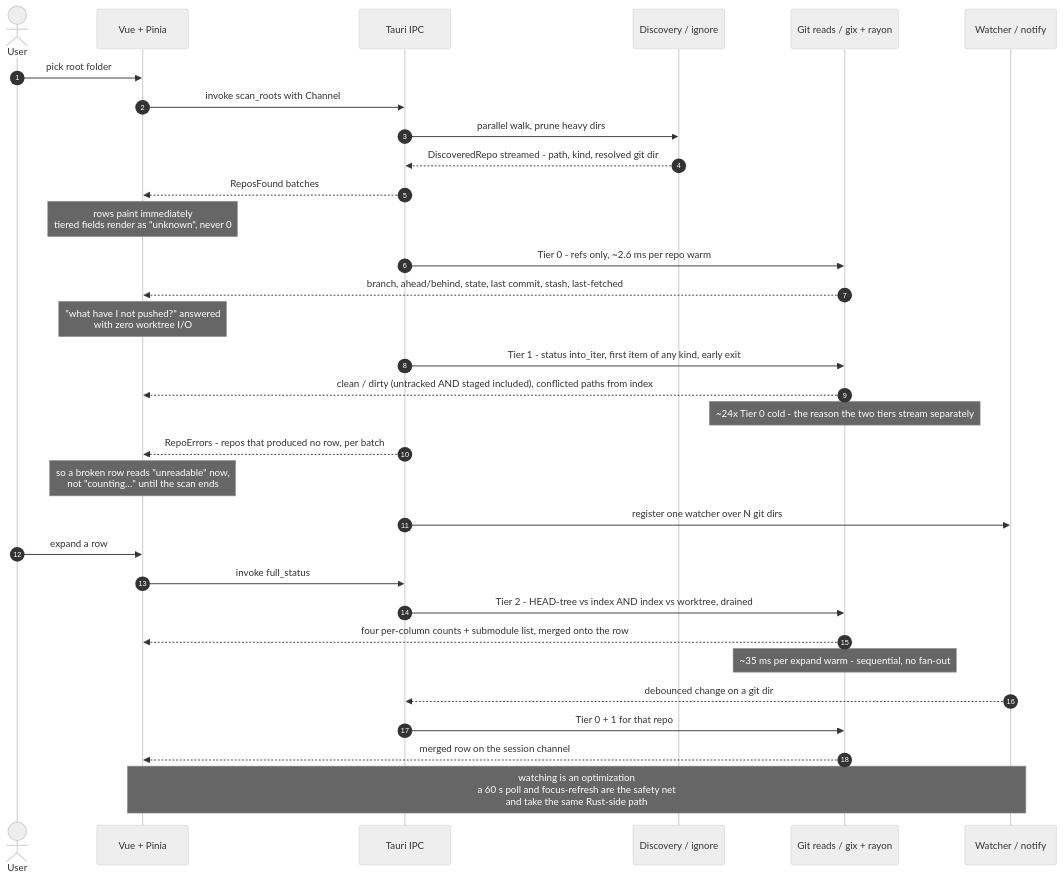
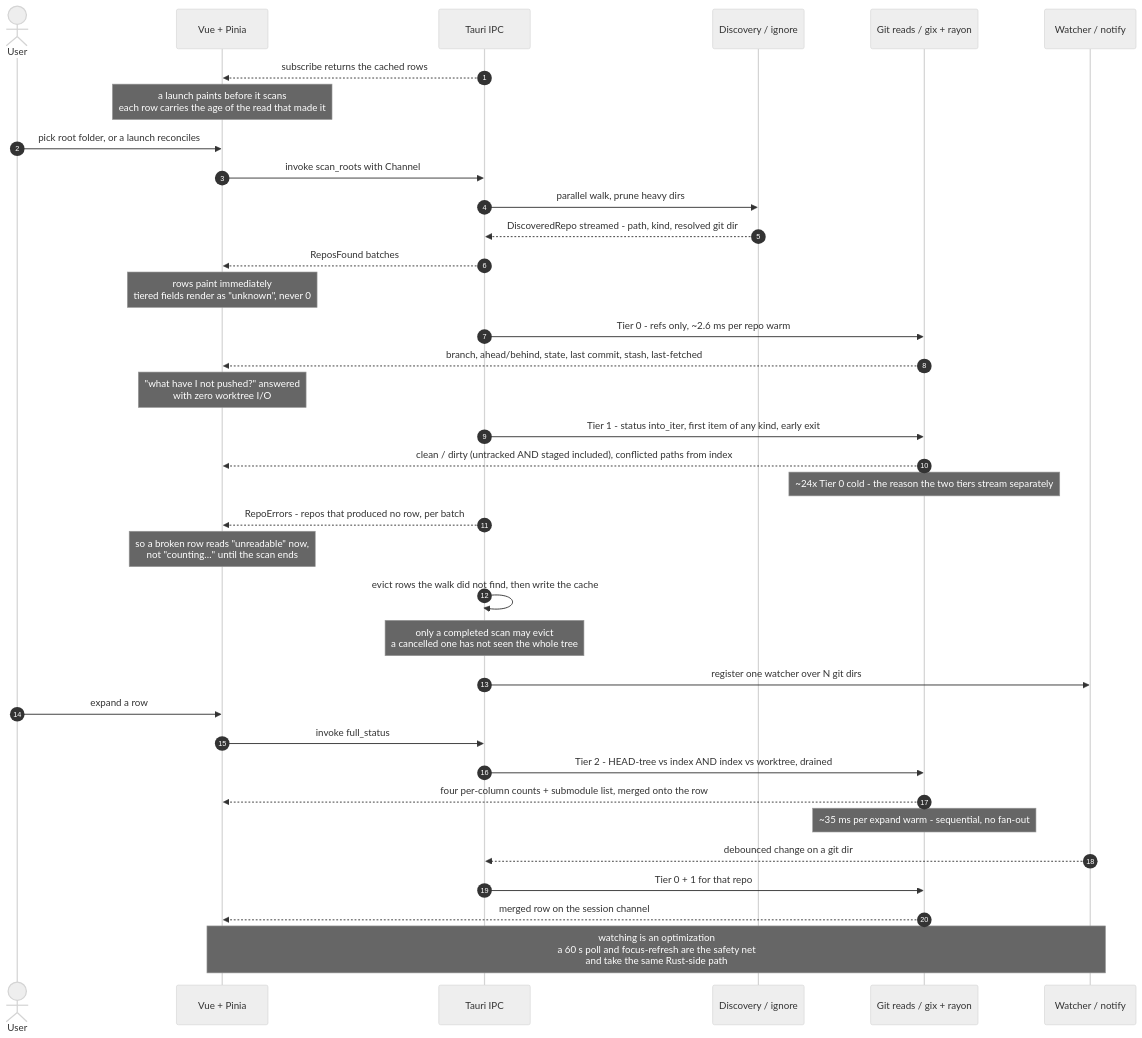
One commit to b-meyer/repo-viewer changed the diagram in AGENTS.md. Above: the diagram before and after it, drawn with Mermaid (neutral theme). The commit also changed other lines of this file and 43 other files, not shown here.

````diff
--- a/AGENTS.md
+++ b/AGENTS.md
@@ -133,41 +169,47 @@
 ```mermaid
 sequenceDiagram
     autonumber
     actor U as User
     participant V as Vue + Pinia
     participant T as Tauri IPC
     participant D as Discovery / ignore
     participant G as Git reads / gix + rayon
     participant W as Watcher / notify
 
-    U->>V: pick root folder
+    T-->>V: subscribe returns the cached rows
+    Note over V: a launch paints before it scans<br/>each row carries the age of the read that made it
+
+    U->>V: pick root folder, or a launch reconciles
     V->>T: invoke scan_roots with Channel
     T->>D: parallel walk, prune heavy dirs
     D-->>T: DiscoveredRepo streamed - path, kind, resolved git dir
     T-->>V: ReposFound batches
     Note over V: rows paint immediately<br/>tiered fields render as "unknown", never 0
 
     T->>G: Tier 0 - refs only, ~2.6 ms per repo warm
     G-->>V: branch, ahead/behind, state, last commit, stash, last-fetched
     Note over V: "what have I not pushed?" answered<br/>with zero worktree I/O
 
     T->>G: Tier 1 - status into_iter, first item of any kind, early exit
     G-->>V: clean / dirty (untracked AND staged included), conflicted paths from index
     Note over G: ~24x Tier 0 cold - the reason the two tiers stream separately
 
     T-->>V: RepoErrors - repos that produced no row, per batch
     Note over V: so a broken row reads "unreadable" now,<br/>not "counting…" until the scan ends
 
+    T->>T: evict rows the walk did not find, then write the cache
+    Note over T: only a completed scan may evict<br/>a cancelled one has not seen the whole tree
+
     T->>W: register one watcher over N git dirs
 
     U->>V: expand a row
     V->>T: invoke full_status
     T->>G: Tier 2 - HEAD-tree vs index AND index vs worktree, drained
     G-->>V: four per-column counts + submodule list, merged onto the row
     Note over G: ~35 ms per expand warm - sequential, no fan-out
 
     W-->>T: debounced change on a git dir
     T->>G: Tier 0 + 1 for that repo
     G-->>V: merged row on the session channel
     Note over V,W: watching is an optimization<br/>a 60 s poll and focus-refresh are the safety net<br/>and take the same Rust-side path
 ```
````
